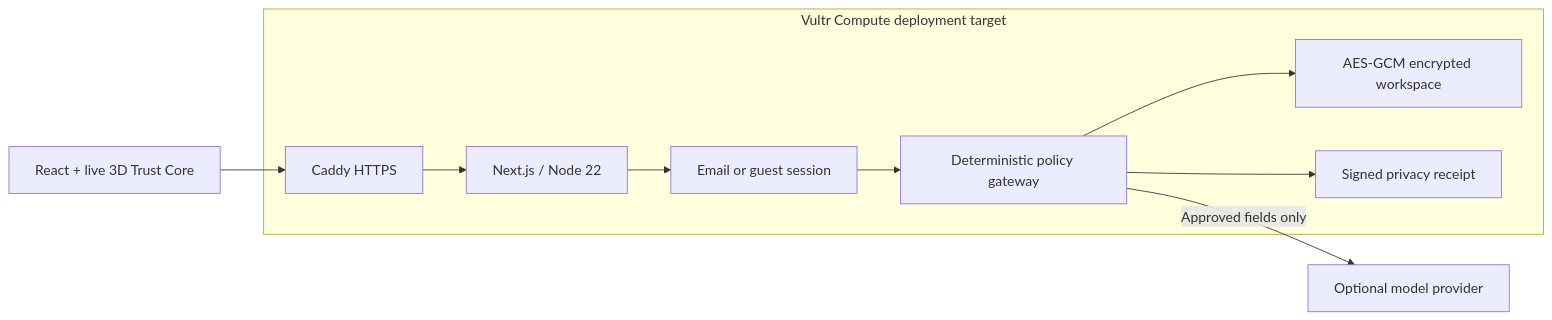
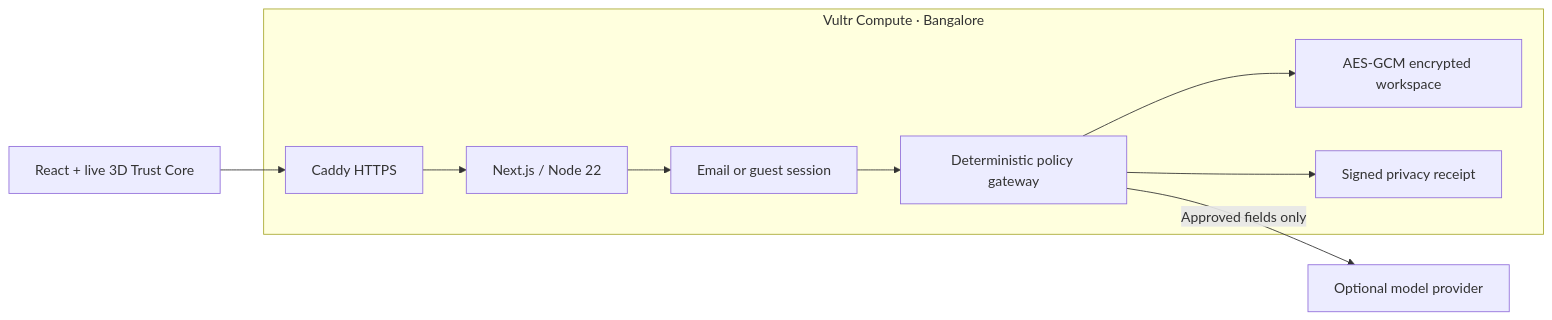
One commit to VijayabaskarR-06/borrow changed the diagram in README.md. Above: the diagram before and after it, drawn with Mermaid. The commit also changed other lines of this file and 9 other files, not shown here.

Commit message:
Document verified Vultr deployment and publish signed demo evidence

````diff
--- a/README.md
+++ b/README.md
@@ -67,12 +71,12 @@
 ```mermaid
 flowchart LR
   Browser[React + live 3D Trust Core] --> HTTPS[Caddy HTTPS]
-  subgraph Target[Vultr Compute deployment target]
+  subgraph Runtime[Vultr Compute · Bangalore]
     HTTPS --> Node[Next.js / Node 22]
     Node --> Auth[Email or guest session]
     Auth --> Gateway[Deterministic policy gateway]
     Gateway --> Data[AES-GCM encrypted workspace]
     Gateway --> Receipt[Signed privacy receipt]
   end
   Gateway -->|Approved fields only| AI[Optional model provider]
 ```
````
